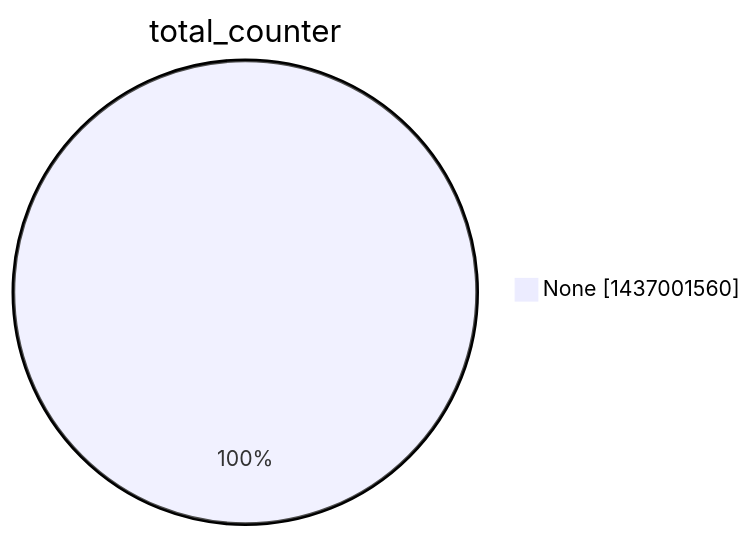
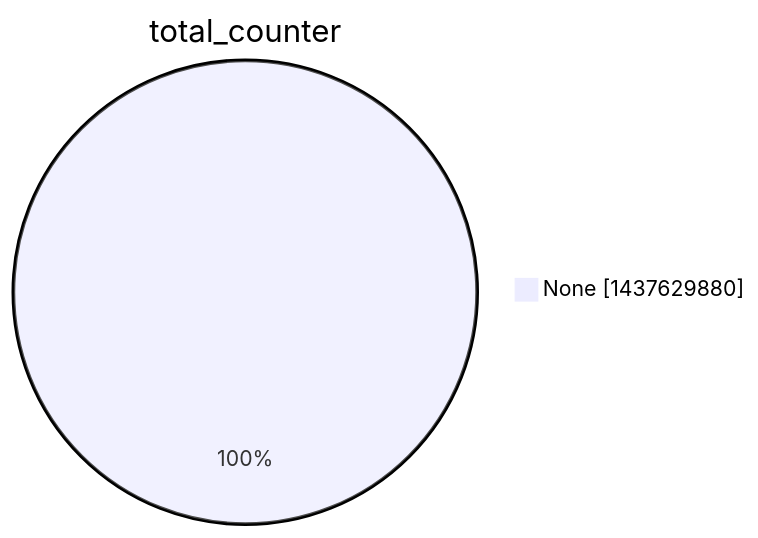
The second of 15 diagrams in argon2022/README.md (christiankrug/ctmonitor_visualization), drawn with Mermaid before and after one commit. The commit also changed other lines of this file, not shown here.

````diff
--- a/argon2022/README.md
+++ b/argon2022/README.md
@@ -9,5 +9,5 @@
 ```mermaid
 pie showData
 title total_counter
-"None" :1437001560
+"None" :1437629880
 ```
````
